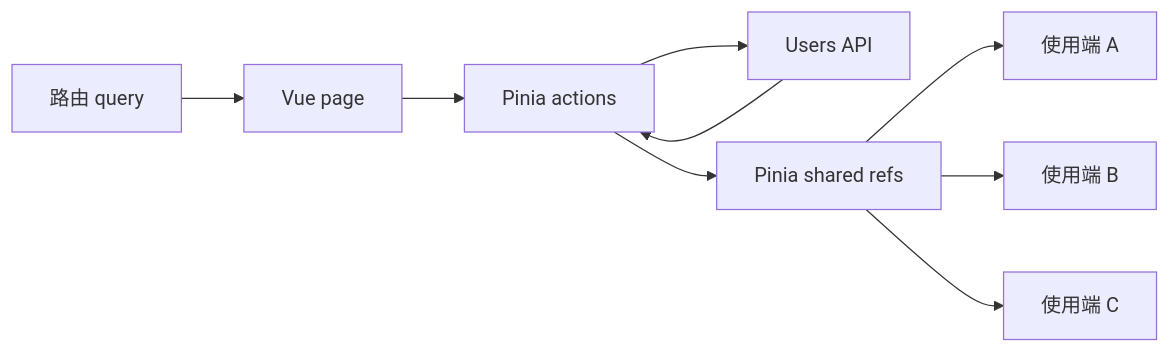
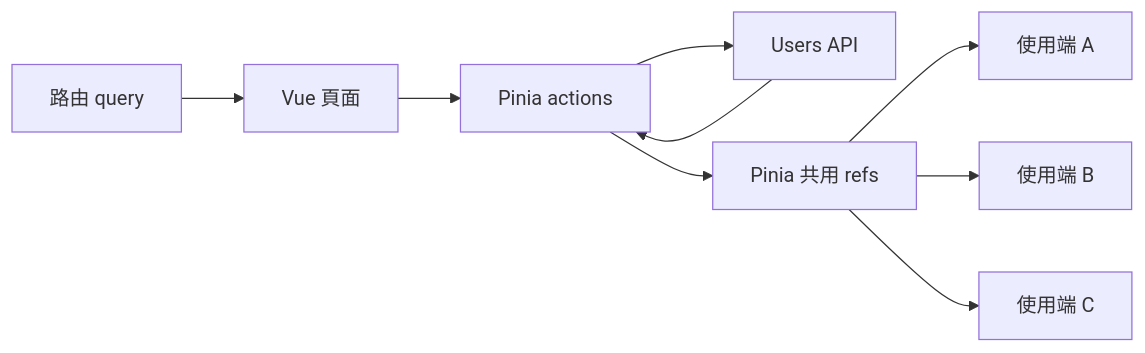
The first of 2 diagrams in pages/30-pinia.md (Luciano0322/v-tw-talk-2026), drawn with Mermaid before and after one commit. The commit also changed other lines of this file and 9 other files, not shown here.

````diff
--- a/pages/30-pinia.md
+++ b/pages/30-pinia.md
@@ -84,11 +84,11 @@
 ```mermaid
 flowchart LR
-  Route["路由 query"] --> Page["Vue page"]
+  Route["路由 query"] --> Page["Vue 頁面"]
   Page --> Actions["Pinia actions"]
   Actions --> API["Users API"]
   API --> Actions
-  Actions --> Store["Pinia shared refs"]
+  Actions --> Store["Pinia 共用 refs"]
   Store --> A["使用端 A"]
   Store --> B["使用端 B"]
   Store --> C["使用端 C"]
 ```
````
